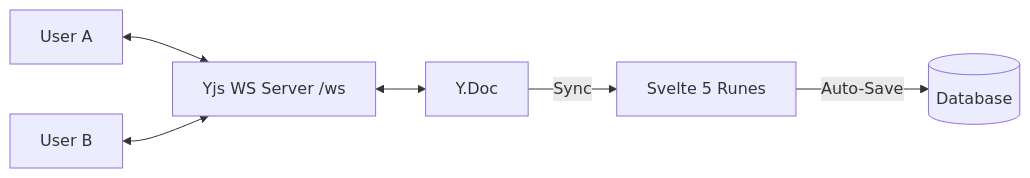
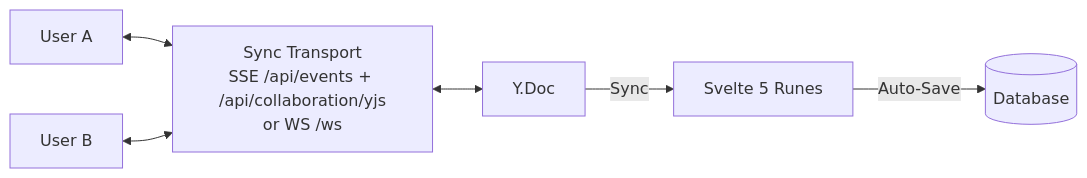
One commit to SveltyCMS/SveltyCMS changed the diagram in docs/reference/architecture/collaborative-editing.mdx. Above: the diagram before and after it, drawn with Mermaid. The commit also changed other lines of this file and 100 other files, not shown here.

````diff
--- a/docs/reference/architecture/collaborative-editing.mdx
+++ b/docs/reference/architecture/collaborative-editing.mdx
@@ -23,8 +26,8 @@
 ```mermaid
 flowchart LR
-    A[User A] <--> WS[Yjs WS Server /ws]
-    B[User B] <--> WS
-    WS <--> YD[Y.Doc]
+    A[User A] <--> T[Sync Transport<br/>SSE /api/events + /api/collaboration/yjs<br/>or WS /ws]
+    B[User B] <--> T
+    T <--> YD[Y.Doc]
     YD --"Sync"--> S[Svelte 5 Runes]
     S --"Auto-Save"--> DB[(Database)]
 ```
````
